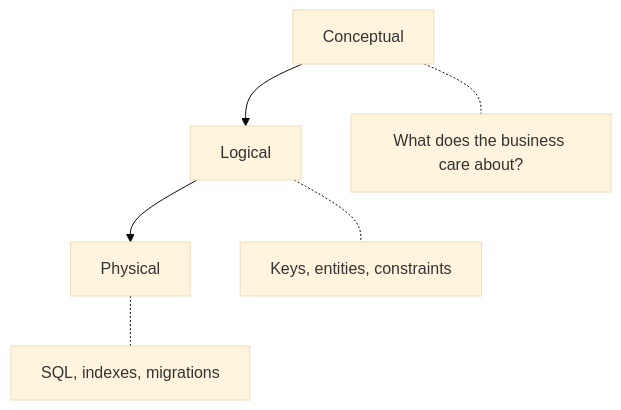
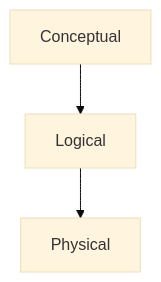
Before and after one commit to sanskarmishra479/portfolio: the second of 3 diagrams in src/content/blog/what-is-data-modeling.mdx, drawn with Mermaid (base theme). The commit also changed 2 other files, not shown here.

Commit message:
fix: mermaid render

````diff
--- a/src/content/blog/what-is-data-modeling.mdx
+++ b/src/content/blog/what-is-data-modeling.mdx
@@ -63,8 +63,8 @@
 ```mermaid
 flowchart TD
-    A[Conceptual] --> B[Logical]
-    B --> C[Physical]
-    A -.- a1[What does the business care about?]
-    B -.- b1[Keys, entities, constraints]
-    C -.- c1[SQL, indexes, migrations]
+    A[Conceptual]
+    B[Logical]
+    C[Physical]
+    A --> B
+    B --> C
 ```
````
